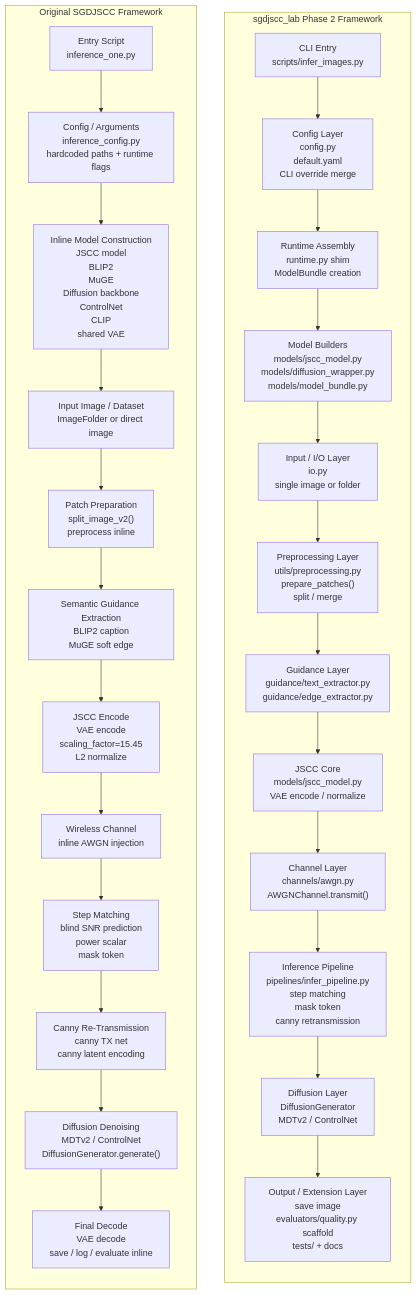
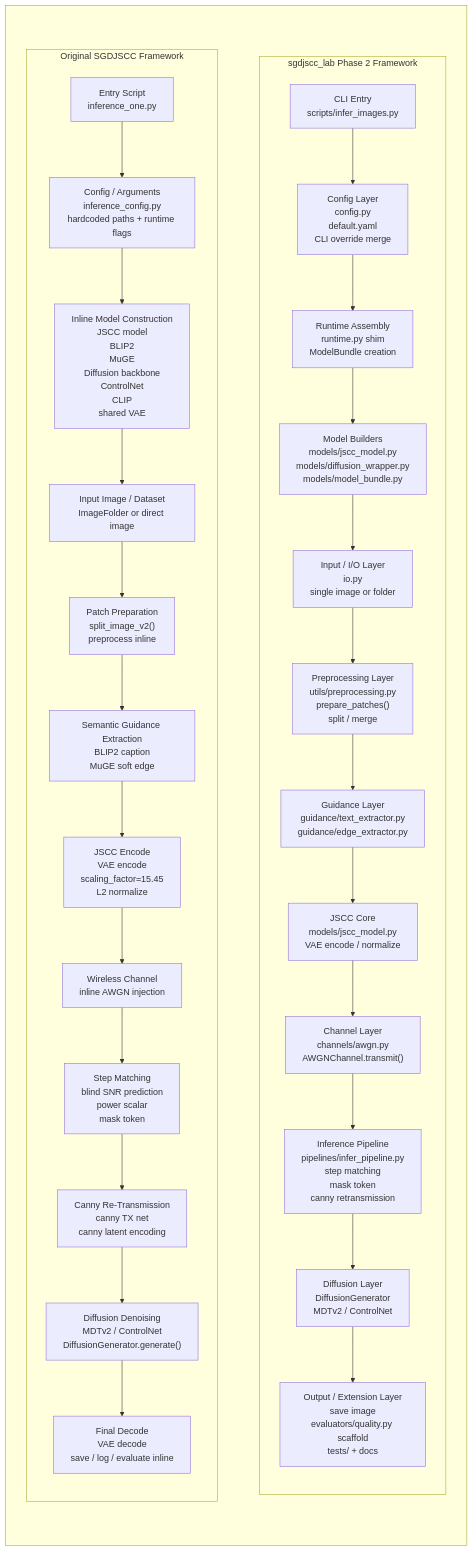
One commit to SangukBae/sgdjscc_lab changed the diagram in docs/framework_comparison.md. Above: the diagram before and after it, drawn with Mermaid.

Commit message:
update blockdiagram

````diff
--- a/docs/framework_comparison.md
+++ b/docs/framework_comparison.md
@@ -18,14 +18,17 @@
 ```mermaid
-flowchart LR
+flowchart TB
 
-    subgraph ORIG["Original SGDJSCC Framework"]
-        direction TB
-        O1["Entry Script
+    subgraph COMPARE[" "]
+        direction LR
+
+        subgraph ORIG["Original SGDJSCC Framework"]
+            direction TB
+            O1["Entry Script
 inference_one.py"]
-        O2["Config / Arguments
+            O2["Config / Arguments
 inference_config.py
 hardcoded paths + runtime flags"]
-        O3["Inline Model Construction
+            O3["Inline Model Construction
 JSCC model
 BLIP2
 MuGE
@@ -33,96 +36,97 @@
 ControlNet
 CLIP
 shared VAE"]
-        O4["Input Image / Dataset
+            O4["Input Image / Dataset
 ImageFolder or direct image"]
-        O5["Patch Preparation
+            O5["Patch Preparation
 split_image_v2()
 preprocess inline"]
-        O6["Semantic Guidance Extraction
+            O6["Semantic Guidance Extraction
 BLIP2 caption
 MuGE soft edge"]
-        O7["JSCC Encode
+            O7["JSCC Encode
 VAE encode
 scaling_factor=15.45
 L2 normalize"]
-        O8["Wireless Channel
+            O8["Wireless Channel
 inline AWGN injection"]
-        O9["Step Matching
+            O9["Step Matching
 blind SNR prediction
 power scalar
 mask token"]
-        O10["Canny Re-Transmission
+            O10["Canny Re-Transmission
 canny TX net
 canny latent encoding"]
-        O11["Diffusion Denoising
+            O11["Diffusion Denoising
 MDTv2 / ControlNet
 DiffusionGenerator.generate()"]
-        O12["Final Decode
+            O12["Final Decode
 VAE decode
 save / log / evaluate inline"]
 
-        O1 --> O2 --> O3 --> O4 --> O5 --> O6 --> O7 --> O8 --> O9 --> O10 --> O11 --> O12
-    end
+            O1 --> O2 --> O3 --> O4 --> O5 --> O6 --> O7 --> O8 --> O9 --> O10 --> O11 --> O12
+        end
 
-    subgraph LAB["sgdjscc_lab Phase 2 Framework"]
-        direction TB
-        L1["CLI Entry
+        subgraph LAB["sgdjscc_lab Phase 2 Framework"]
+            direction TB
+            L1["CLI Entry
 scripts/infer_images.py"]
-        L2["Config Layer
+            L2["Config Layer
 config.py
 default.yaml
 CLI override merge"]
-        L3["Runtime Assembly
+            L3["Runtime Assembly
 runtime.py shim
 ModelBundle creation"]
-        L4["Model Builders
+            L4["Model Builders
 models/jscc_model.py
 models/diffusion_wrapper.py
 models/model_bundle.py"]
-        L5["Input / I/O Layer
+            L5["Input / I/O Layer
 io.py
 single image or folder"]
-        L6["Preprocessing Layer
+            L6["Preprocessing Layer
 utils/preprocessing.py
 prepare_patches()
 split / merge"]
-        L7["Guidance Layer
+            L7["Guidance Layer
 guidance/text_extractor.py
 guidance/edge_extractor.py"]
-        L8["JSCC Core
+            L8["JSCC Core
 models/jscc_model.py
 VAE encode / normalize"]
-        L9["Channel Layer
+            L9["Channel Layer
 channels/awgn.py
 AWGNChannel.transmit()"]
-        L10["Inference Pipeline
+            L10["Inference Pipeline
 pipelines/infer_pipeline.py
 step matching
 mask token
 canny retransmission"]
-        L11["Diffusion Layer
+            L11["Diffusion Layer
 DiffusionGenerator
 MDTv2 / ControlNet"]
-        L12["Output / Extension Layer
+            L12["Output / Extension Layer
 save image
 evaluators/quality.py scaffold
 tests/ + docs"]
 
-        L1 --> L2 --> L3 --> L4 --> L5 --> L6 --> L7 --> L8 --> L9 --> L10 --> L11 --> L12
+            L1 --> L2 --> L3 --> L4 --> L5 --> L6 --> L7 --> L8 --> L9 --> L10 --> L11 --> L12
+        end
+
+        O1 --- L1
+        O2 --- L2
+        O3 --- L3
+        O4 --- L4
+        O5 --- L5
+        O6 --- L6
+        O7 --- L7
+        O8 --- L8
+        O9 --- L9
+        O10 --- L10
+        O11 --- L11
+        O12 --- L12
     end
-
-    O1 --- L1
-    O2 --- L2
-    O3 --- L3
-    O4 --- L4
-    O5 --- L5
-    O6 --- L6
-    O7 --- L7
-    O8 --- L8
-    O9 --- L9
-    O10 --- L10
-    O11 --- L11
-    O12 --- L12
 
     linkStyle 22 stroke:transparent,fill:none;
     linkStyle 23 stroke:transparent,fill:none;
````
